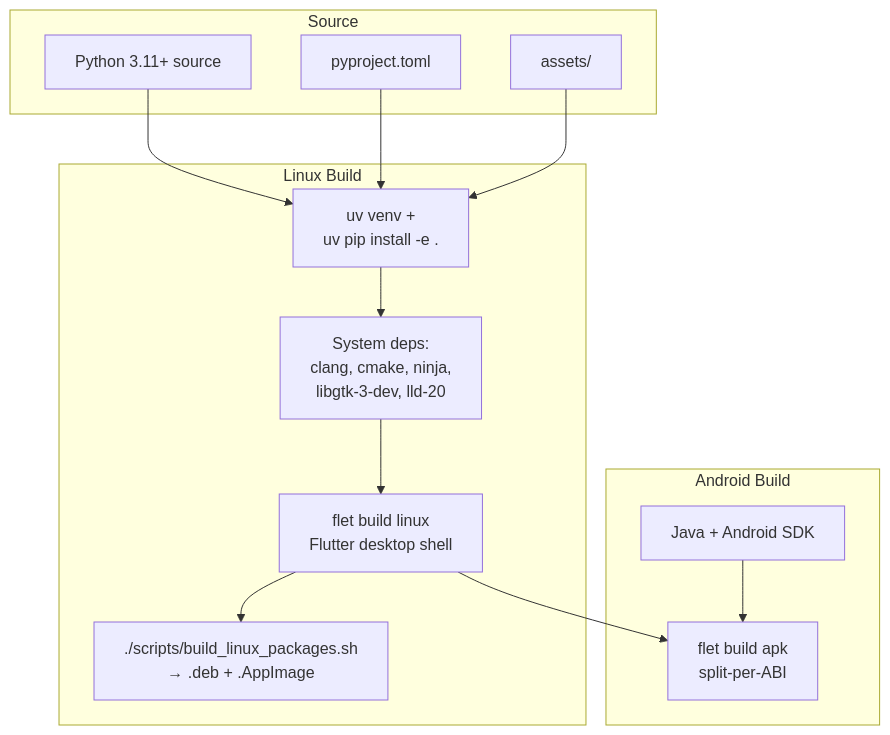
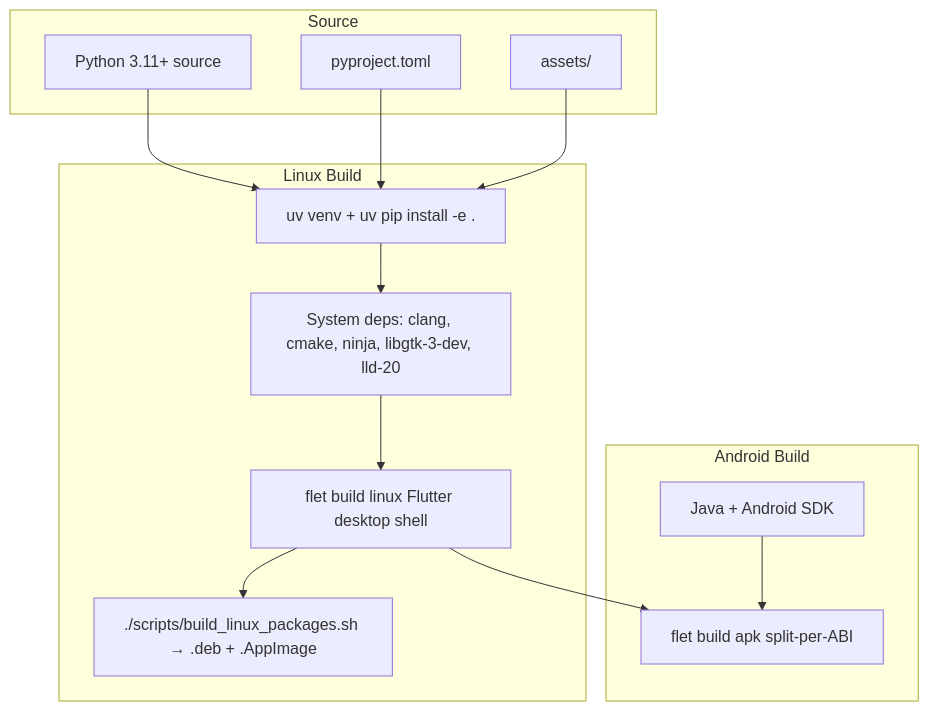
The eighth of 8 diagrams in SYSTEM_OVERVIEW.md (Sarwarhridoy4/StreamNest), drawn with Mermaid before and after one commit. The commit also changed other lines of this file, not shown here.

First line of the commit message:
Fix Mermaid diagram render errors in SYSTEM_OVERVIEW.md

````diff
--- a/SYSTEM_OVERVIEW.md
+++ b/SYSTEM_OVERVIEW.md
@@ -433,29 +430,29 @@
 ```mermaid
 flowchart TD
     subgraph Source["Source"]
         Py[Python 3.11+ source]
         TOML[pyproject.toml]
         Assets[assets/]
     end
 
     subgraph Linux["Linux Build"]
-        SysDeps[System deps:<br/>clang, cmake, ninja,<br/>libgtk-3-dev, lld-20]
-        VEnv[uv venv +<br/>uv pip install -e .]
-        FletBuild[flet build linux<br/>Flutter desktop shell]
-        Deb[./scripts/build_linux_packages.sh<br/>→ .deb + .AppImage]
+        SysDeps[System deps: clang, cmake, ninja, libgtk-3-dev, lld-20]
+        VEnv[uv venv + uv pip install -e .]
+        FletBuild[flet build linux Flutter desktop shell]
+        Deb[./scripts/build_linux_packages.sh → .deb + .AppImage]
     end
 
     subgraph Android["Android Build"]
         AndroidSDK[Java + Android SDK]
-        FletAPK[flet build apk<br/>split-per-ABI]
+        FletAPK[flet build apk split-per-ABI]
     end
 
     Py --> VEnv
     TOML --> VEnv
     Assets --> VEnv
     VEnv --> SysDeps
     SysDeps --> FletBuild
     FletBuild --> Deb
     FletBuild --> FletAPK
     AndroidSDK --> FletAPK
 ```
````
